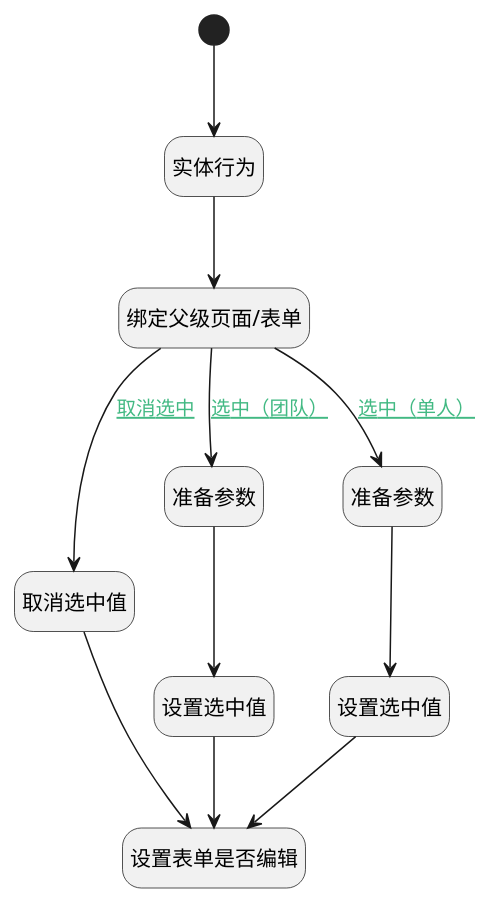
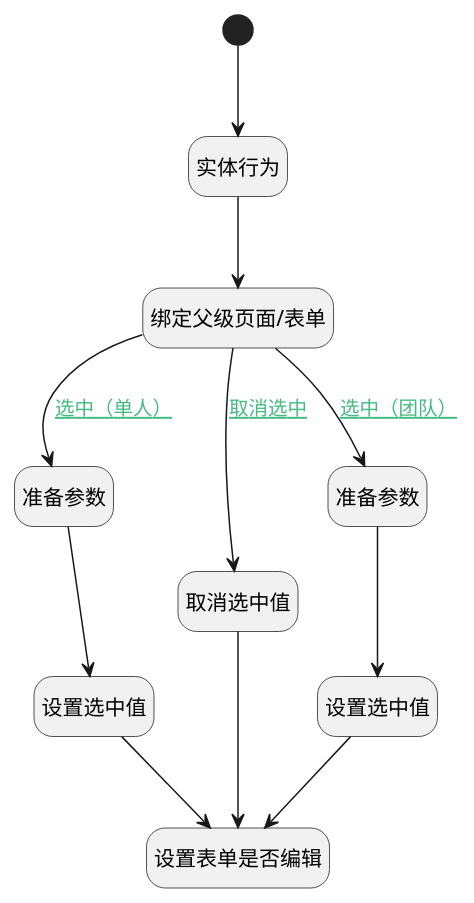
One commit to iBizLab/plm changed the diagram in doc/docsify/module/TestMgmt/review_stage/uilogic/choose_stage.md. Above: the diagram before and after it, drawn with PlantUML. The commit also changed other lines of this file and 1473 other files, not shown here.

````diff
--- a/doc/docsify/module/TestMgmt/review_stage/uilogic/choose_stage.md
+++ b/doc/docsify/module/TestMgmt/review_stage/uilogic/choose_stage.md
@@ -7,35 +7,35 @@
 ```plantuml
 @startuml
 hide footbox
 <style>
 root {
   HyperlinkColor #42b983
 }
 </style>
 
 hide empty description
 state "开始" as Begin <<start>> [[$./choose_stage#begin {开始}]]
+state "设置表单是否编辑" as RAWJSCODE4  [[$./choose_stage#rawjscode4 {设置表单是否编辑}]]
+state "设置选中值" as RAWJSCODE3  [[$./choose_stage#rawjscode3 {设置选中值}]]
+state "准备参数" as PREPAREJSPARAM2  [[$./choose_stage#preparejsparam2 {准备参数}]]
+state "绑定父级页面/表单" as PREPAREJSPARAM1  [[$./choose_stage#preparejsparam1 {绑定父级页面/表单}]]
+state "取消选中值" as RAWJSCODE2  [[$./choose_stage#rawjscode2 {取消选中值}]]
 state "设置选中值" as RAWJSCODE1  [[$./choose_stage#rawjscode1 {设置选中值}]]
-state "取消选中值" as RAWJSCODE2  [[$./choose_stage#rawjscode2 {取消选中值}]]
-state "设置表单是否编辑" as RAWJSCODE4  [[$./choose_stage#rawjscode4 {设置表单是否编辑}]]
 state "准备参数" as PREPAREJSPARAM3  [[$./choose_stage#preparejsparam3 {准备参数}]]
-state "准备参数" as PREPAREJSPARAM2  [[$./choose_stage#preparejsparam2 {准备参数}]]
-state "设置选中值" as RAWJSCODE3  [[$./choose_stage#rawjscode3 {设置选中值}]]
 state "实体行为" as DEACTION1  [[$./choose_stage#deaction1 {实体行为}]]
-state "绑定父级页面/表单" as PREPAREJSPARAM1  [[$./choose_stage#preparejsparam1 {绑定父级页面/表单}]]
 
 
 Begin --> DEACTION1
 DEACTION1 --> PREPAREJSPARAM1
 PREPAREJSPARAM1 --> PREPAREJSPARAM2 : [[$./choose_stage#preparejsparam1-preparejsparam2{选中（单人）} 选中（单人）]]
 PREPAREJSPARAM2 --> RAWJSCODE1
 RAWJSCODE1 --> RAWJSCODE4
 PREPAREJSPARAM1 --> RAWJSCODE2 : [[$./choose_stage#preparejsparam1-rawjscode2{取消选中} 取消选中]]
 RAWJSCODE2 --> RAWJSCODE4
 PREPAREJSPARAM1 --> PREPAREJSPARAM3 : [[$./choose_stage#preparejsparam1-preparejsparam3{选中（团队）} 选中（团队）]]
 PREPAREJSPARAM3 --> RAWJSCODE3
 RAWJSCODE3 --> RAWJSCODE4
 
 
 @enduml
 ```
````
